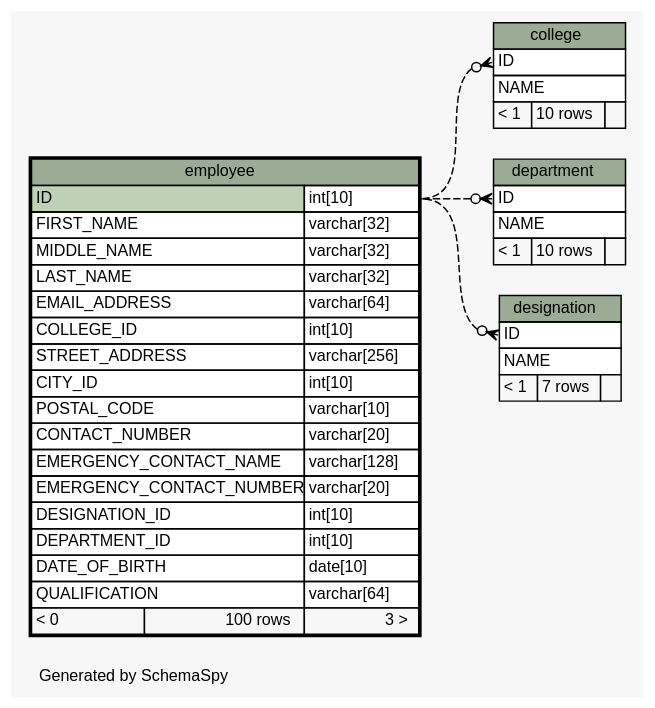
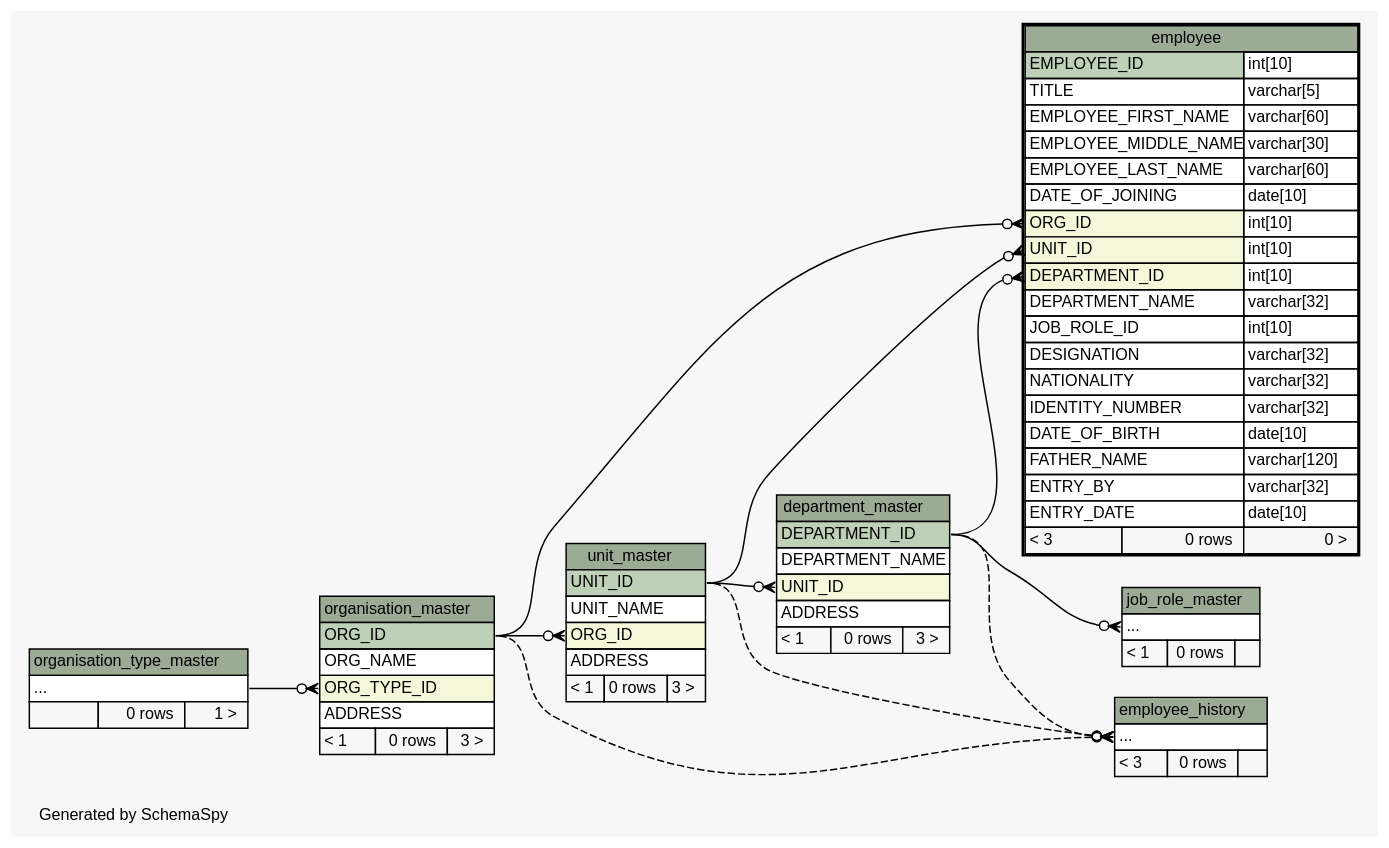
The diagram in docs/database/diagrams/employee.implied2degrees.dot (engineerscraft/hrms), drawn with Graphviz before and after one commit. The commit also changed 121 other files, not shown here.

```diff
--- a/docs/database/diagrams/employee.implied2degrees.dot
+++ b/docs/database/diagrams/employee.implied2degrees.dot
@@ -1,83 +1,128 @@
 // dot 2.38.0 on Windows 7 6.1
 // SchemaSpy rev 590
 digraph "impliedTwoDegreesRelationshipsDiagram" {
   graph [
     rankdir="RL"
     bgcolor="#f7f7f7"
     label="\nGenerated by SchemaSpy"
     labeljust="l"
     nodesep="0.18"
     ranksep="0.46"
     fontname="Helvetica"
     fontsize="11"
   ];
   node [
     fontname="Helvetica"
     fontsize="11"
     shape="plaintext"
   ];
   edge [
     arrowsize="0.8"
   ];
-  "college":"ID":w -> "employee":"ID.type":e [arrowhead=none dir=back arrowtail=crowodot style=dashed];
-  "department":"ID":w -> "employee":"ID.type":e [arrowhead=none dir=back arrowtail=crowodot style=dashed];
-  "designation":"ID":w -> "employee":"ID.type":e [arrowhead=none dir=back arrowtail=crowodot style=dashed];
-  "college" [
+  "department_master":"UNIT_ID":w -> "unit_master":"UNIT_ID":e [arrowhead=none dir=back arrowtail=crowodot];
+  "employee":"DEPARTMENT_ID":w -> "department_master":"DEPARTMENT_ID":e [arrowhead=none dir=back arrowtail=crowodot];
+  "employee":"ORG_ID":w -> "organisation_master":"ORG_ID":e [arrowhead=none dir=back arrowtail=crowodot];
+  "employee":"UNIT_ID":w -> "unit_master":"UNIT_ID":e [arrowhead=none dir=back arrowtail=crowodot];
+  "employee_history":"elipses":w -> "department_master":"DEPARTMENT_ID":e [arrowhead=none dir=back arrowtail=crowodot style=dashed];
+  "employee_history":"elipses":w -> "organisation_master":"ORG_ID":e [arrowhead=none dir=back arrowtail=crowodot style=dashed];
+  "employee_history":"elipses":w -> "unit_master":"UNIT_ID":e [arrowhead=none dir=back arrowtail=crowodot style=dashed];
+  "job_role_master":"elipses":w -> "department_master":"DEPARTMENT_ID":e [arrowhead=none dir=back arrowtail=crowodot];
+  "organisation_master":"ORG_TYPE_ID":w -> "organisation_type_master":"elipses":e [arrowhead=none dir=back arrowtail=crowodot];
+  "unit_master":"ORG_ID":w -> "organisation_master":"ORG_ID":e [arrowhead=none dir=back arrowtail=crowodot];
+  "department_master" [
     label=<
     <TABLE BORDER="0" CELLBORDER="1" CELLSPACING="0" BGCOLOR="#ffffff">
-      <TR><TD COLSPAN="3" BGCOLOR="#9bab96" ALIGN="CENTER">college</TD></TR>
-      <TR><TD PORT="ID" COLSPAN="3" ALIGN="LEFT">ID</TD></TR>
-      <TR><TD PORT="NAME" COLSPAN="3" ALIGN="LEFT">NAME</TD></TR>
-      <TR><TD ALIGN="LEFT" BGCOLOR="#f7f7f7">&lt; 1</TD><TD ALIGN="RIGHT" BGCOLOR="#f7f7f7">10 rows</TD><TD ALIGN="RIGHT" BGCOLOR="#f7f7f7">  </TD></TR>
+      <TR><TD COLSPAN="3" BGCOLOR="#9bab96" ALIGN="CENTER">department_master</TD></TR>
+      <TR><TD PORT="DEPARTMENT_ID" COLSPAN="3" BGCOLOR="#bed1b8" ALIGN="LEFT">DEPARTMENT_ID</TD></TR>
+      <TR><TD PORT="DEPARTMENT_NAME" COLSPAN="3" ALIGN="LEFT">DEPARTMENT_NAME</TD></TR>
+      <TR><TD PORT="UNIT_ID" COLSPAN="3" BGCOLOR="#f4f7da" ALIGN="LEFT">UNIT_ID</TD></TR>
+      <TR><TD PORT="ADDRESS" COLSPAN="3" ALIGN="LEFT">ADDRESS</TD></TR>
+      <TR><TD ALIGN="LEFT" BGCOLOR="#f7f7f7">&lt; 1</TD><TD ALIGN="RIGHT" BGCOLOR="#f7f7f7">0 rows</TD><TD ALIGN="RIGHT" BGCOLOR="#f7f7f7">3 &gt;</TD></TR>
     </TABLE>>
-    URL="college.html"
-    tooltip="college"
-  ];
-  "department" [
-    label=<
-    <TABLE BORDER="0" CELLBORDER="1" CELLSPACING="0" BGCOLOR="#ffffff">
-      <TR><TD COLSPAN="3" BGCOLOR="#9bab96" ALIGN="CENTER">department</TD></TR>
-      <TR><TD PORT="ID" COLSPAN="3" ALIGN="LEFT">ID</TD></TR>
-      <TR><TD PORT="NAME" COLSPAN="3" ALIGN="LEFT">NAME</TD></TR>
-      <TR><TD ALIGN="LEFT" BGCOLOR="#f7f7f7">&lt; 1</TD><TD ALIGN="RIGHT" BGCOLOR="#f7f7f7">10 rows</TD><TD ALIGN="RIGHT" BGCOLOR="#f7f7f7">  </TD></TR>
-    </TABLE>>
-    URL="department.html"
-    tooltip="department"
-  ];
-  "designation" [
-    label=<
-    <TABLE BORDER="0" CELLBORDER="1" CELLSPACING="0" BGCOLOR="#ffffff">
-      <TR><TD COLSPAN="3" BGCOLOR="#9bab96" ALIGN="CENTER">designation</TD></TR>
-      <TR><TD PORT="ID" COLSPAN="3" ALIGN="LEFT">ID</TD></TR>
-      <TR><TD PORT="NAME" COLSPAN="3" ALIGN="LEFT">NAME</TD></TR>
-      <TR><TD ALIGN="LEFT" BGCOLOR="#f7f7f7">&lt; 1</TD><TD ALIGN="RIGHT" BGCOLOR="#f7f7f7">7 rows</TD><TD ALIGN="RIGHT" BGCOLOR="#f7f7f7">  </TD></TR>
-    </TABLE>>
-    URL="designation.html"
-    tooltip="designation"
+    URL="department_master.html"
+    tooltip="department_master"
   ];
   "employee" [
     label=<
     <TABLE BORDER="2" CELLBORDER="1" CELLSPACING="0" BGCOLOR="#ffffff">
       <TR><TD COLSPAN="3" BGCOLOR="#9bab96" ALIGN="CENTER">employee</TD></TR>
-      <TR><TD PORT="ID" COLSPAN="2" BGCOLOR="#bed1b8" ALIGN="LEFT">ID</TD><TD PORT="ID.type" ALIGN="LEFT">int[10]</TD></TR>
-      <TR><TD PORT="FIRST_NAME" COLSPAN="2" ALIGN="LEFT">FIRST_NAME</TD><TD PORT="FIRST_NAME.type" ALIGN="LEFT">varchar[32]</TD></TR>
-      <TR><TD PORT="MIDDLE_NAME" COLSPAN="2" ALIGN="LEFT">MIDDLE_NAME</TD><TD PORT="MIDDLE_NAME.type" ALIGN="LEFT">varchar[32]</TD></TR>
-      <TR><TD PORT="LAST_NAME" COLSPAN="2" ALIGN="LEFT">LAST_NAME</TD><TD PORT="LAST_NAME.type" ALIGN="LEFT">varchar[32]</TD></TR>
-      <TR><TD PORT="EMAIL_ADDRESS" COLSPAN="2" ALIGN="LEFT">EMAIL_ADDRESS</TD><TD PORT="EMAIL_ADDRESS.type" ALIGN="LEFT">varchar[64]</TD></TR>
-      <TR><TD PORT="COLLEGE_ID" COLSPAN="2" ALIGN="LEFT">COLLEGE_ID</TD><TD PORT="COLLEGE_ID.type" ALIGN="LEFT">int[10]</TD></TR>
-      <TR><TD PORT="STREET_ADDRESS" COLSPAN="2" ALIGN="LEFT">STREET_ADDRESS</TD><TD PORT="STREET_ADDRESS.type" ALIGN="LEFT">varchar[256]</TD></TR>
-      <TR><TD PORT="CITY_ID" COLSPAN="2" ALIGN="LEFT">CITY_ID</TD><TD PORT="CITY_ID.type" ALIGN="LEFT">int[10]</TD></TR>
-      <TR><TD PORT="POSTAL_CODE" COLSPAN="2" ALIGN="LEFT">POSTAL_CODE</TD><TD PORT="POSTAL_CODE.type" ALIGN="LEFT">varchar[10]</TD></TR>
-      <TR><TD PORT="CONTACT_NUMBER" COLSPAN="2" ALIGN="LEFT">CONTACT_NUMBER</TD><TD PORT="CONTACT_NUMBER.type" ALIGN="LEFT">varchar[20]</TD></TR>
-      <TR><TD PORT="EMERGENCY_CONTACT_NAME" COLSPAN="2" ALIGN="LEFT">EMERGENCY_CONTACT_NAME</TD><TD PORT="EMERGENCY_CONTACT_NAME.type" ALIGN="LEFT">varchar[128]</TD></TR>
-      <TR><TD PORT="EMERGENCY_CONTACT_NUMBER" COLSPAN="2" ALIGN="LEFT">EMERGENCY_CONTACT_NUMBER</TD><TD PORT="EMERGENCY_CONTACT_NUMBER.type" ALIGN="LEFT">varchar[20]</TD></TR>
-      <TR><TD PORT="DESIGNATION_ID" COLSPAN="2" ALIGN="LEFT">DESIGNATION_ID</TD><TD PORT="DESIGNATION_ID.type" ALIGN="LEFT">int[10]</TD></TR>
-      <TR><TD PORT="DEPARTMENT_ID" COLSPAN="2" ALIGN="LEFT">DEPARTMENT_ID</TD><TD PORT="DEPARTMENT_ID.type" ALIGN="LEFT">int[10]</TD></TR>
+      <TR><TD PORT="EMPLOYEE_ID" COLSPAN="2" BGCOLOR="#bed1b8" ALIGN="LEFT">EMPLOYEE_ID</TD><TD PORT="EMPLOYEE_ID.type" ALIGN="LEFT">int[10]</TD></TR>
+      <TR><TD PORT="TITLE" COLSPAN="2" ALIGN="LEFT">TITLE</TD><TD PORT="TITLE.type" ALIGN="LEFT">varchar[5]</TD></TR>
+      <TR><TD PORT="EMPLOYEE_FIRST_NAME" COLSPAN="2" ALIGN="LEFT">EMPLOYEE_FIRST_NAME</TD><TD PORT="EMPLOYEE_FIRST_NAME.type" ALIGN="LEFT">varchar[60]</TD></TR>
+      <TR><TD PORT="EMPLOYEE_MIDDLE_NAME" COLSPAN="2" ALIGN="LEFT">EMPLOYEE_MIDDLE_NAME</TD><TD PORT="EMPLOYEE_MIDDLE_NAME.type" ALIGN="LEFT">varchar[30]</TD></TR>
+      <TR><TD PORT="EMPLOYEE_LAST_NAME" COLSPAN="2" ALIGN="LEFT">EMPLOYEE_LAST_NAME</TD><TD PORT="EMPLOYEE_LAST_NAME.type" ALIGN="LEFT">varchar[60]</TD></TR>
+      <TR><TD PORT="DATE_OF_JOINING" COLSPAN="2" ALIGN="LEFT">DATE_OF_JOINING</TD><TD PORT="DATE_OF_JOINING.type" ALIGN="LEFT">date[10]</TD></TR>
+      <TR><TD PORT="ORG_ID" COLSPAN="2" BGCOLOR="#f4f7da" ALIGN="LEFT">ORG_ID</TD><TD PORT="ORG_ID.type" ALIGN="LEFT">int[10]</TD></TR>
+      <TR><TD PORT="UNIT_ID" COLSPAN="2" BGCOLOR="#f4f7da" ALIGN="LEFT">UNIT_ID</TD><TD PORT="UNIT_ID.type" ALIGN="LEFT">int[10]</TD></TR>
+      <TR><TD PORT="DEPARTMENT_ID" COLSPAN="2" BGCOLOR="#f4f7da" ALIGN="LEFT">DEPARTMENT_ID</TD><TD PORT="DEPARTMENT_ID.type" ALIGN="LEFT">int[10]</TD></TR>
+      <TR><TD PORT="DEPARTMENT_NAME" COLSPAN="2" ALIGN="LEFT">DEPARTMENT_NAME</TD><TD PORT="DEPARTMENT_NAME.type" ALIGN="LEFT">varchar[32]</TD></TR>
+      <TR><TD PORT="JOB_ROLE_ID" COLSPAN="2" ALIGN="LEFT">JOB_ROLE_ID</TD><TD PORT="JOB_ROLE_ID.type" ALIGN="LEFT">int[10]</TD></TR>
+      <TR><TD PORT="DESIGNATION" COLSPAN="2" ALIGN="LEFT">DESIGNATION</TD><TD PORT="DESIGNATION.type" ALIGN="LEFT">varchar[32]</TD></TR>
+      <TR><TD PORT="NATIONALITY" COLSPAN="2" ALIGN="LEFT">NATIONALITY</TD><TD PORT="NATIONALITY.type" ALIGN="LEFT">varchar[32]</TD></TR>
+      <TR><TD PORT="IDENTITY_NUMBER" COLSPAN="2" ALIGN="LEFT">IDENTITY_NUMBER</TD><TD PORT="IDENTITY_NUMBER.type" ALIGN="LEFT">varchar[32]</TD></TR>
       <TR><TD PORT="DATE_OF_BIRTH" COLSPAN="2" ALIGN="LEFT">DATE_OF_BIRTH</TD><TD PORT="DATE_OF_BIRTH.type" ALIGN="LEFT">date[10]</TD></TR>
-      <TR><TD PORT="QUALIFICATION" COLSPAN="2" ALIGN="LEFT">QUALIFICATION</TD><TD PORT="QUALIFICATION.type" ALIGN="LEFT">varchar[64]</TD></TR>
-      <TR><TD ALIGN="LEFT" BGCOLOR="#f7f7f7">&lt; 0</TD><TD ALIGN="RIGHT" BGCOLOR="#f7f7f7">100 rows</TD><TD ALIGN="RIGHT" BGCOLOR="#f7f7f7">3 &gt;</TD></TR>
+      <TR><TD PORT="FATHER_NAME" COLSPAN="2" ALIGN="LEFT">FATHER_NAME</TD><TD PORT="FATHER_NAME.type" ALIGN="LEFT">varchar[120]</TD></TR>
+      <TR><TD PORT="ENTRY_BY" COLSPAN="2" ALIGN="LEFT">ENTRY_BY</TD><TD PORT="ENTRY_BY.type" ALIGN="LEFT">varchar[32]</TD></TR>
+      <TR><TD PORT="ENTRY_DATE" COLSPAN="2" ALIGN="LEFT">ENTRY_DATE</TD><TD PORT="ENTRY_DATE.type" ALIGN="LEFT">date[10]</TD></TR>
+      <TR><TD ALIGN="LEFT" BGCOLOR="#f7f7f7">&lt; 3</TD><TD ALIGN="RIGHT" BGCOLOR="#f7f7f7">0 rows</TD><TD ALIGN="RIGHT" BGCOLOR="#f7f7f7">0 &gt;</TD></TR>
     </TABLE>>
     URL="employee.html"
     tooltip="employee"
   ];
+  "employee_history" [
+    label=<
+    <TABLE BORDER="0" CELLBORDER="1" CELLSPACING="0" BGCOLOR="#ffffff">
+      <TR><TD COLSPAN="3" BGCOLOR="#9bab96" ALIGN="CENTER">employee_history</TD></TR>
+      <TR><TD PORT="elipses" COLSPAN="3" ALIGN="LEFT">...</TD></TR>
+      <TR><TD ALIGN="LEFT" BGCOLOR="#f7f7f7">&lt; 3</TD><TD ALIGN="RIGHT" BGCOLOR="#f7f7f7">0 rows</TD><TD ALIGN="RIGHT" BGCOLOR="#f7f7f7">  </TD></TR>
+    </TABLE>>
+    URL="employee_history.html"
+    tooltip="employee_history"
+  ];
+  "job_role_master" [
+    label=<
+    <TABLE BORDER="0" CELLBORDER="1" CELLSPACING="0" BGCOLOR="#ffffff">
+      <TR><TD COLSPAN="3" BGCOLOR="#9bab96" ALIGN="CENTER">job_role_master</TD></TR>
+      <TR><TD PORT="elipses" COLSPAN="3" ALIGN="LEFT">...</TD></TR>
+      <TR><TD ALIGN="LEFT" BGCOLOR="#f7f7f7">&lt; 1</TD><TD ALIGN="RIGHT" BGCOLOR="#f7f7f7">0 rows</TD><TD ALIGN="RIGHT" BGCOLOR="#f7f7f7">  </TD></TR>
+    </TABLE>>
+    URL="job_role_master.html"
+    tooltip="job_role_master"
+  ];
+  "organisation_master" [
+    label=<
+    <TABLE BORDER="0" CELLBORDER="1" CELLSPACING="0" BGCOLOR="#ffffff">
+      <TR><TD COLSPAN="3" BGCOLOR="#9bab96" ALIGN="CENTER">organisation_master</TD></TR>
+      <TR><TD PORT="ORG_ID" COLSPAN="3" BGCOLOR="#bed1b8" ALIGN="LEFT">ORG_ID</TD></TR>
+      <TR><TD PORT="ORG_NAME" COLSPAN="3" ALIGN="LEFT">ORG_NAME</TD></TR>
+      <TR><TD PORT="ORG_TYPE_ID" COLSPAN="3" BGCOLOR="#f4f7da" ALIGN="LEFT">ORG_TYPE_ID</TD></TR>
+      <TR><TD PORT="ADDRESS" COLSPAN="3" ALIGN="LEFT">ADDRESS</TD></TR>
+      <TR><TD ALIGN="LEFT" BGCOLOR="#f7f7f7">&lt; 1</TD><TD ALIGN="RIGHT" BGCOLOR="#f7f7f7">0 rows</TD><TD ALIGN="RIGHT" BGCOLOR="#f7f7f7">3 &gt;</TD></TR>
+    </TABLE>>
+    URL="organisation_master.html"
+    tooltip="organisation_master"
+  ];
+  "organisation_type_master" [
+    label=<
+    <TABLE BORDER="0" CELLBORDER="1" CELLSPACING="0" BGCOLOR="#ffffff">
+      <TR><TD COLSPAN="3" BGCOLOR="#9bab96" ALIGN="CENTER">organisation_type_master</TD></TR>
+      <TR><TD PORT="elipses" COLSPAN="3" ALIGN="LEFT">...</TD></TR>
+      <TR><TD ALIGN="LEFT" BGCOLOR="#f7f7f7">  </TD><TD ALIGN="RIGHT" BGCOLOR="#f7f7f7">0 rows</TD><TD ALIGN="RIGHT" BGCOLOR="#f7f7f7">1 &gt;</TD></TR>
+    </TABLE>>
+    URL="organisation_type_master.html"
+    tooltip="organisation_type_master"
+  ];
+  "unit_master" [
+    label=<
+    <TABLE BORDER="0" CELLBORDER="1" CELLSPACING="0" BGCOLOR="#ffffff">
+      <TR><TD COLSPAN="3" BGCOLOR="#9bab96" ALIGN="CENTER">unit_master</TD></TR>
+      <TR><TD PORT="UNIT_ID" COLSPAN="3" BGCOLOR="#bed1b8" ALIGN="LEFT">UNIT_ID</TD></TR>
+      <TR><TD PORT="UNIT_NAME" COLSPAN="3" ALIGN="LEFT">UNIT_NAME</TD></TR>
+      <TR><TD PORT="ORG_ID" COLSPAN="3" BGCOLOR="#f4f7da" ALIGN="LEFT">ORG_ID</TD></TR>
+      <TR><TD PORT="ADDRESS" COLSPAN="3" ALIGN="LEFT">ADDRESS</TD></TR>
+      <TR><TD ALIGN="LEFT" BGCOLOR="#f7f7f7">&lt; 1</TD><TD ALIGN="RIGHT" BGCOLOR="#f7f7f7">0 rows</TD><TD ALIGN="RIGHT" BGCOLOR="#f7f7f7">3 &gt;</TD></TR>
+    </TABLE>>
+    URL="unit_master.html"
+    tooltip="unit_master"
+  ];
 }
```
